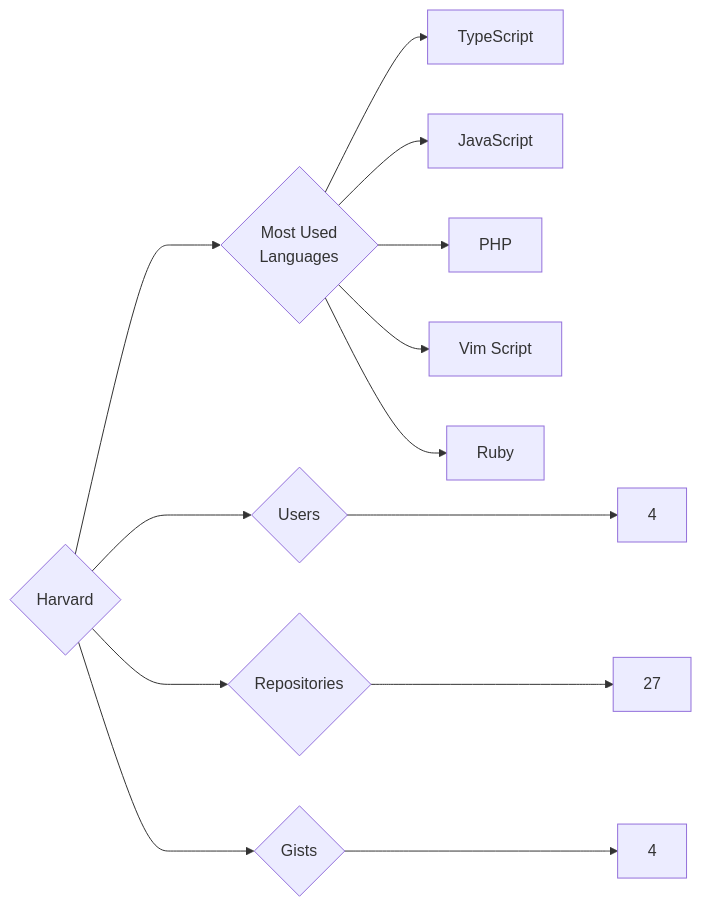
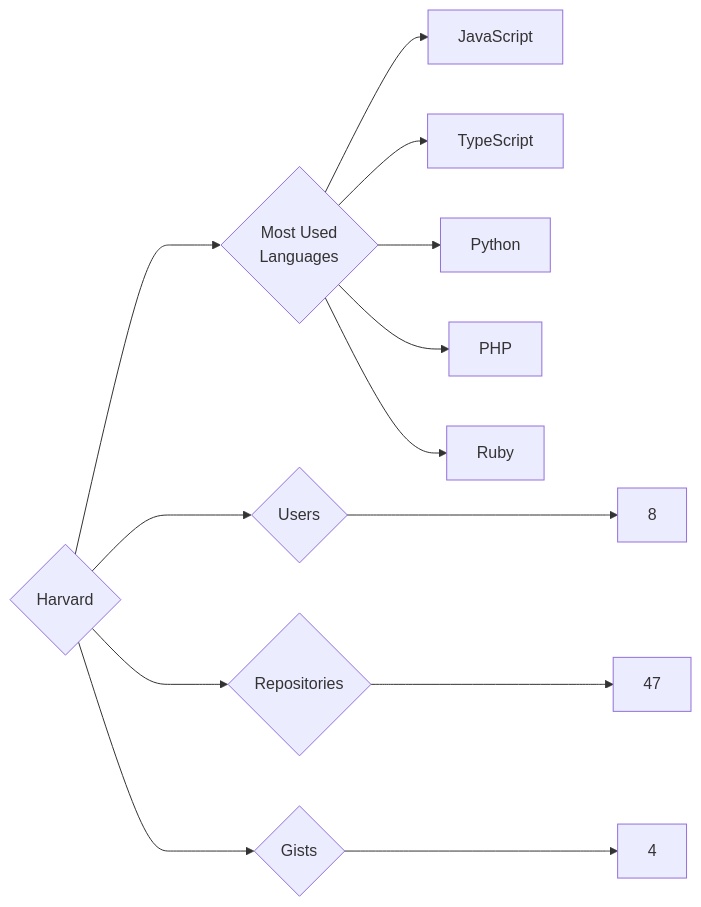
One commit to trickest/insiders changed the diagram in targets/Harvard/README.md. Above: the diagram before and after it, drawn with Mermaid. The commit also changed 1089 other files, not shown here.

````diff
--- a/targets/Harvard/README.md
+++ b/targets/Harvard/README.md
@@ -3,13 +3,13 @@
 ```mermaid
 graph LR
 COMPANY_NAME{Harvard}
-COMPANY_NAME ---> U{Users} ---> UN[4]
-COMPANY_NAME ---> R{Repositories} ---> RN[27]
+COMPANY_NAME ---> U{Users} ---> UN[8]
+COMPANY_NAME ---> R{Repositories} ---> RN[47]
 COMPANY_NAME ---> G{Gists} ---> GN[4]
 COMPANY_NAME ---> ML{Most Used<br>Languages}
+ML --> JavaScript[JavaScript]
 ML --> TypeScript[TypeScript]
-ML --> JavaScript[JavaScript]
+ML --> Python[Python]
 ML --> PHP[PHP]
-ML --> Vim_Script[Vim Script]
 ML --> Ruby[Ruby]
 ```
````
